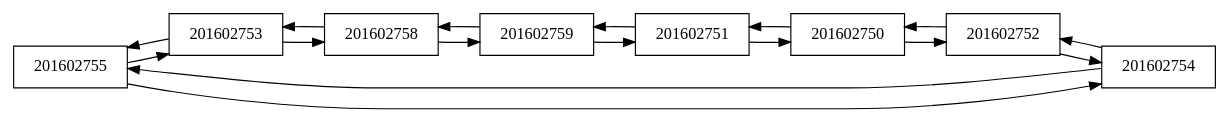
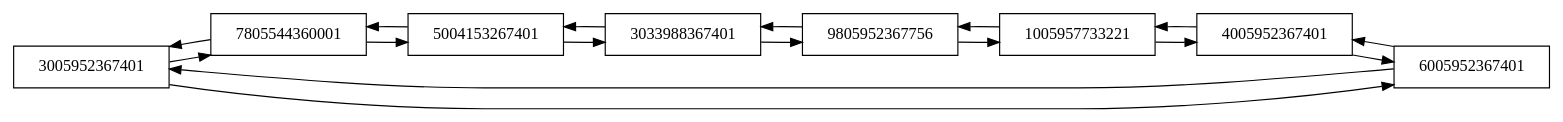
One commit to Angel357/-EDD-Proyecto2 changed the diagram in Proyecto2/graphListaC.dot. Above: the diagram before and after it, drawn with Graphviz. The commit also changed 10 other files, not shown here.

```diff
--- a/Proyecto2/graphListaC.dot
+++ b/Proyecto2/graphListaC.dot
@@ -1,28 +1,28 @@
 digraph {
 node[shape=box];
 rankdir=LR;
-201602755[shape=box, label="201602755"]; 
-201602755->201602753
-201602755->201602754
-201602753[shape=box, label="201602753"]; 
-201602753->201602758
-201602753->201602755
-201602758[shape=box, label="201602758"]; 
-201602758->201602759
-201602758->201602753
-201602759[shape=box, label="201602759"]; 
-201602759->201602751
-201602759->201602758
-201602751[shape=box, label="201602751"]; 
-201602751->201602750
-201602751->201602759
-201602750[shape=box, label="201602750"]; 
-201602750->201602752
-201602750->201602751
-201602752[shape=box, label="201602752"]; 
-201602752->201602754
-201602752->201602750
-201602754[shape=box, label="201602754"]; 
-201602754->201602755
-201602754->201602752
+3005952367401[shape=box, label="3005952367401"]; 
+3005952367401->7805544360001
+3005952367401->6005952367401
+7805544360001[shape=box, label="7805544360001"]; 
+7805544360001->5004153267401
+7805544360001->3005952367401
+5004153267401[shape=box, label="5004153267401"]; 
+5004153267401->3033988367401
+5004153267401->7805544360001
+3033988367401[shape=box, label="3033988367401"]; 
+3033988367401->9805952367756
+3033988367401->5004153267401
+9805952367756[shape=box, label="9805952367756"]; 
+9805952367756->1005957733221
+9805952367756->3033988367401
+1005957733221[shape=box, label="1005957733221"]; 
+1005957733221->4005952367401
+1005957733221->9805952367756
+4005952367401[shape=box, label="4005952367401"]; 
+4005952367401->6005952367401
+4005952367401->1005957733221
+6005952367401[shape=box, label="6005952367401"]; 
+6005952367401->3005952367401
+6005952367401->4005952367401
  }
```
